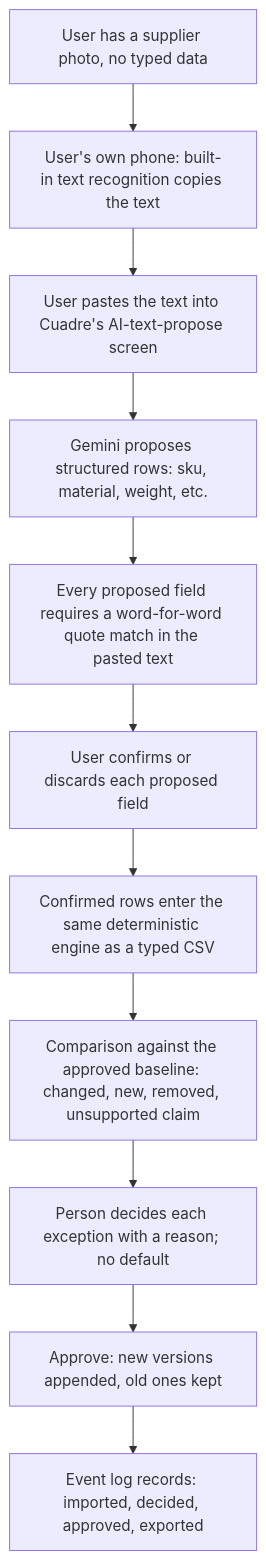
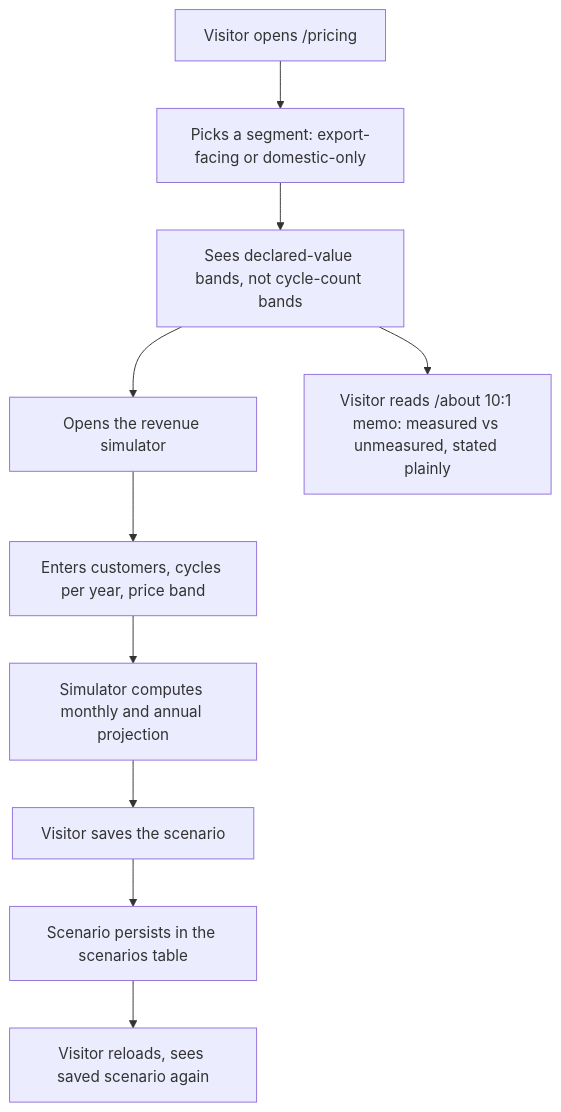
Before and after one commit to emiliogomezbuilds/cuadre: the first of 2 diagrams in docs/PACKET.md, drawn with Mermaid. The commit also changed other lines of this file and 2 other files, not shown here.

Commit message:
Week 14 packet: pricing honestly scoped to a tested per-cycle anchor, declared-value bands, two segments

````diff
--- a/docs/PACKET.md
+++ b/docs/PACKET.md
@@ -39,13 +39,12 @@
 ```mermaid
 flowchart TD
-  A[User has a supplier photo, no typed data] --> B[User's own phone: built-in text recognition copies the text]
-  B --> C[User pastes the text into Cuadre's AI-text-propose screen]
-  C --> D[Gemini proposes structured rows: sku, material, weight, etc.]
-  D --> E[Every proposed field requires a word-for-word quote match in the pasted text]
-  E --> F[User confirms or discards each proposed field]
-  F --> G[Confirmed rows enter the same deterministic engine as a typed CSV]
-  G --> H[Comparison against the approved baseline: changed, new, removed, unsupported claim]
-  H --> I[Person decides each exception with a reason; no default]
-  I --> J[Approve: new versions appended, old ones kept]
-  J --> K[Event log records: imported, decided, approved, exported]
+  A[Visitor opens /pricing] --> B[Picks a segment: export-facing or domestic-only]
+  B --> C[Sees declared-value bands, not cycle-count bands]
+  C --> D[Opens the revenue simulator]
+  D --> E[Enters customers, cycles per year, price band]
+  E --> F[Simulator computes monthly and annual projection]
+  F --> G[Visitor saves the scenario]
+  G --> H[Scenario persists in the scenarios table]
+  H --> I[Visitor reloads, sees saved scenario again]
+  C --> J[Visitor reads /about 10:1 memo: measured vs unmeasured, stated plainly]
 ```
````
